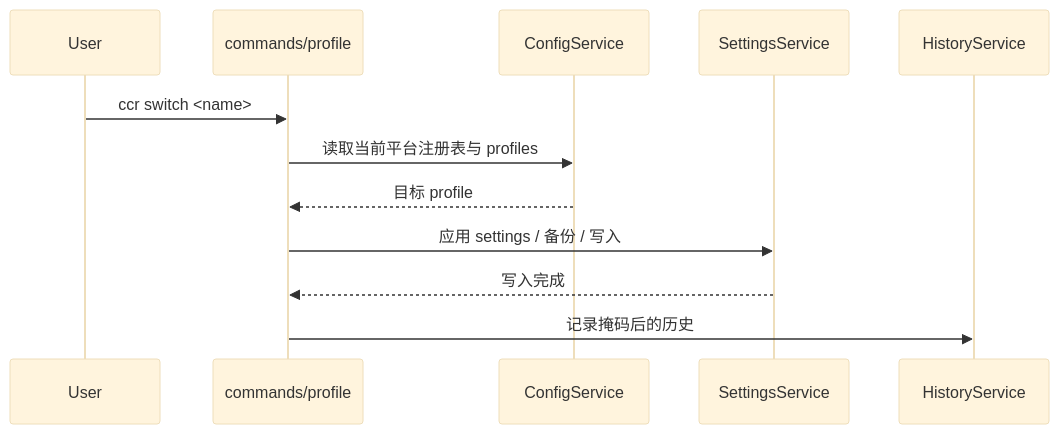
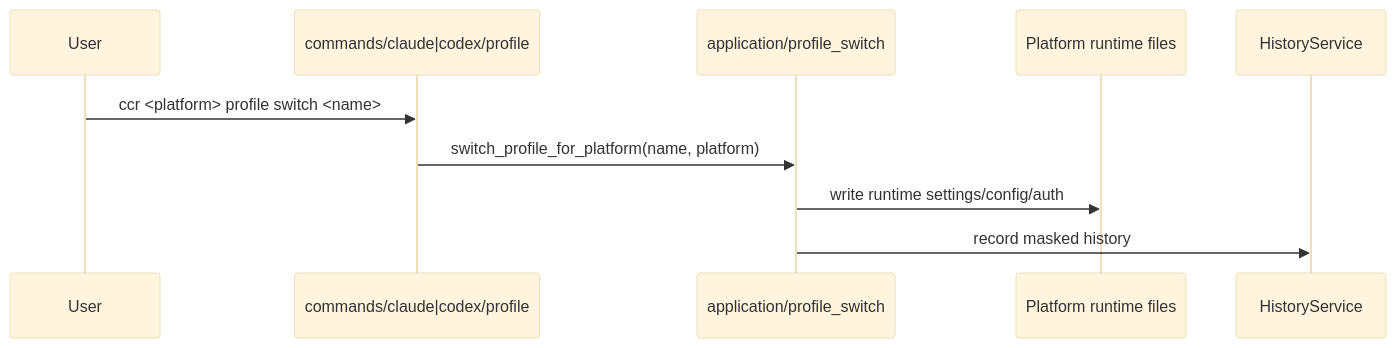
Before and after one commit to bahayonghang/ccr: the diagram in docs/reference/internals/runtime-flows.md, drawn with Mermaid (base theme). The commit also changed other lines of this file and 33 other files, not shown here.

First line of the commit message:
docs(用户文档): 📝 对齐 claude/codex profile 拆分后的文档

````diff
--- a/docs/reference/internals/runtime-flows.md
+++ b/docs/reference/internals/runtime-flows.md
@@ -34,15 +13,13 @@
 ```mermaid
 sequenceDiagram
   participant User
-  participant Cmd as commands/profile
-  participant Config as ConfigService
-  participant Settings as SettingsService
+  participant Cmd as commands/claude|codex/profile
+  participant Switch as application/profile_switch
+  participant Runtime as Platform runtime files
   participant History as HistoryService
 
-  User->>Cmd: ccr switch <name>
-  Cmd->>Config: 读取当前平台注册表与 profiles
-  Config-->>Cmd: 目标 profile
-  Cmd->>Settings: 应用 settings / 备份 / 写入
-  Settings-->>Cmd: 写入完成
-  Cmd->>History: 记录掩码后的历史
+  User->>Cmd: ccr <platform> profile switch <name>
+  Cmd->>Switch: switch_profile_for_platform(name, platform)
+  Switch->>Runtime: write runtime settings/config/auth
+  Switch->>History: record masked history
 ```
````
